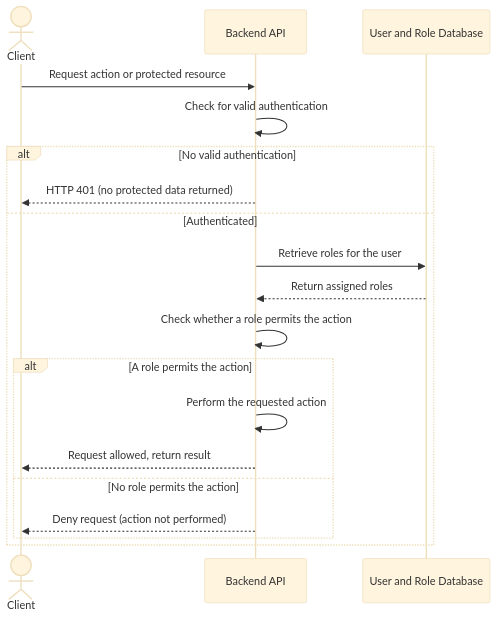
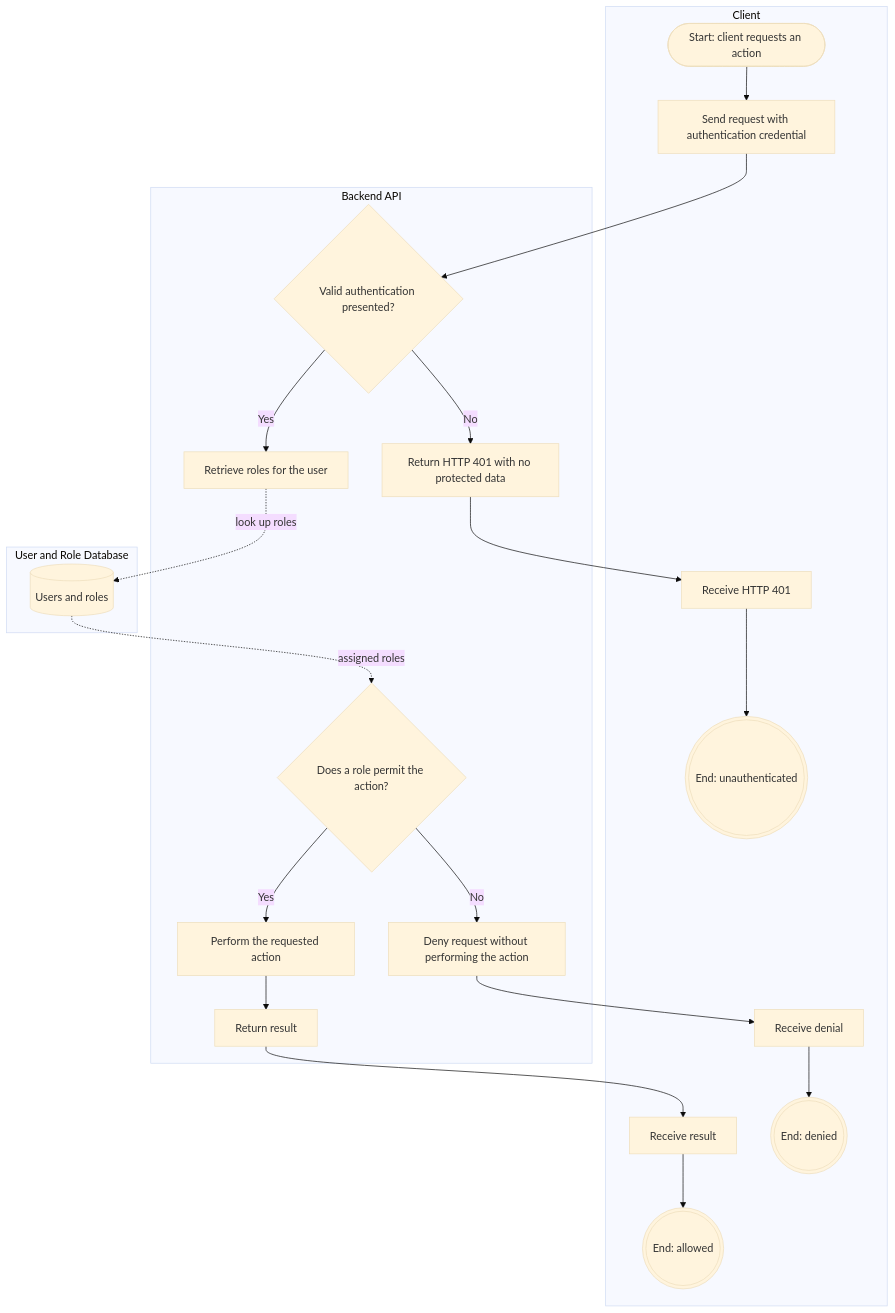
The diagram in docs/analysis/behavior/US-02-authorization.md (El-Dorado26/hive-honeypot-network), drawn with Mermaid (base theme) before and after one commit. The commit also changed other lines of this file, not shown here.

Commit message:
Change UML Sequence Diagram to Business Process Diagram
Updated UML Sequence Diagram to Business Process Diagram and modified scenarios accordingly.

````diff
--- a/docs/analysis/behavior/US-02-authorization.md
+++ b/docs/analysis/behavior/US-02-authorization.md
@@ -41,24 +43,35 @@
 ```mermaid
-sequenceDiagram
-    actor Client
-    participant API as Backend API
-    participant DB as User and Role Database
+flowchart TB
+    subgraph C["Client"]
+        C1(["Start: client requests an action"])
+        C2["Send request with authentication credential"]
+        C3["Receive HTTP 401"]
+        C4["Receive denial"]
+        C5["Receive result"]
+        CE1((("End: unauthenticated")))
+        CE2((("End: denied")))
+        CE3((("End: allowed")))
+    end
 
-    Client->>API: Request action or protected resource
-    API->>API: Check for valid authentication
+    subgraph A["Backend API"]
+        A1{"Valid authentication presented?"}
+        A2["Return HTTP 401 with no protected data"]
+        A3["Retrieve roles for the user"]
+        A4{"Does a role permit the action?"}
+        A5["Perform the requested action"]
+        A6["Return result"]
+        A7["Deny request without performing the action"]
+    end
 
-    alt No valid authentication
-        API-->>Client: HTTP 401 (no protected data returned)
-    else Authenticated
-        API->>DB: Retrieve roles for the user
-        DB-->>API: Return assigned roles
-        API->>API: Check whether a role permits the action
+    subgraph D["User and Role Database"]
+        D1[("Users and roles")]
+    end
 
-        alt A role permits the action
-            API->>API: Perform the requested action
-            API-->>Client: Request allowed, return result
-        else No role permits the action
-            API-->>Client: Deny request (action not performed)
-        end
-    end
+    C1 --> C2 --> A1
+    A1 -->|"No"| A2 --> C3 --> CE1
+    A1 -->|"Yes"| A3
+    A3 -.->|"look up roles"| D1
+    D1 -.->|"assigned roles"| A4
+    A4 -->|"Yes"| A5 --> A6 --> C5 --> CE3
+    A4 -->|"No"| A7 --> C4 --> CE2
 ```
````
